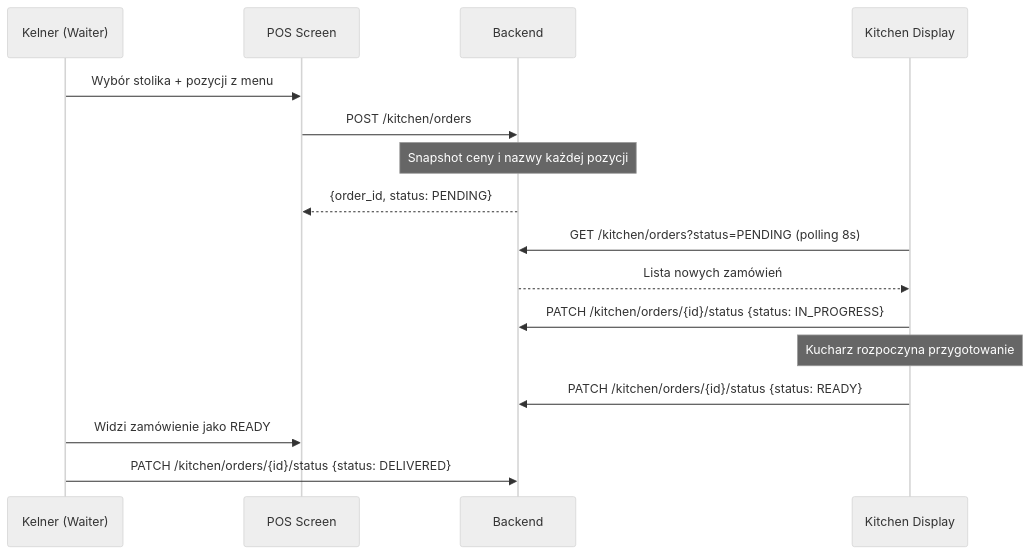
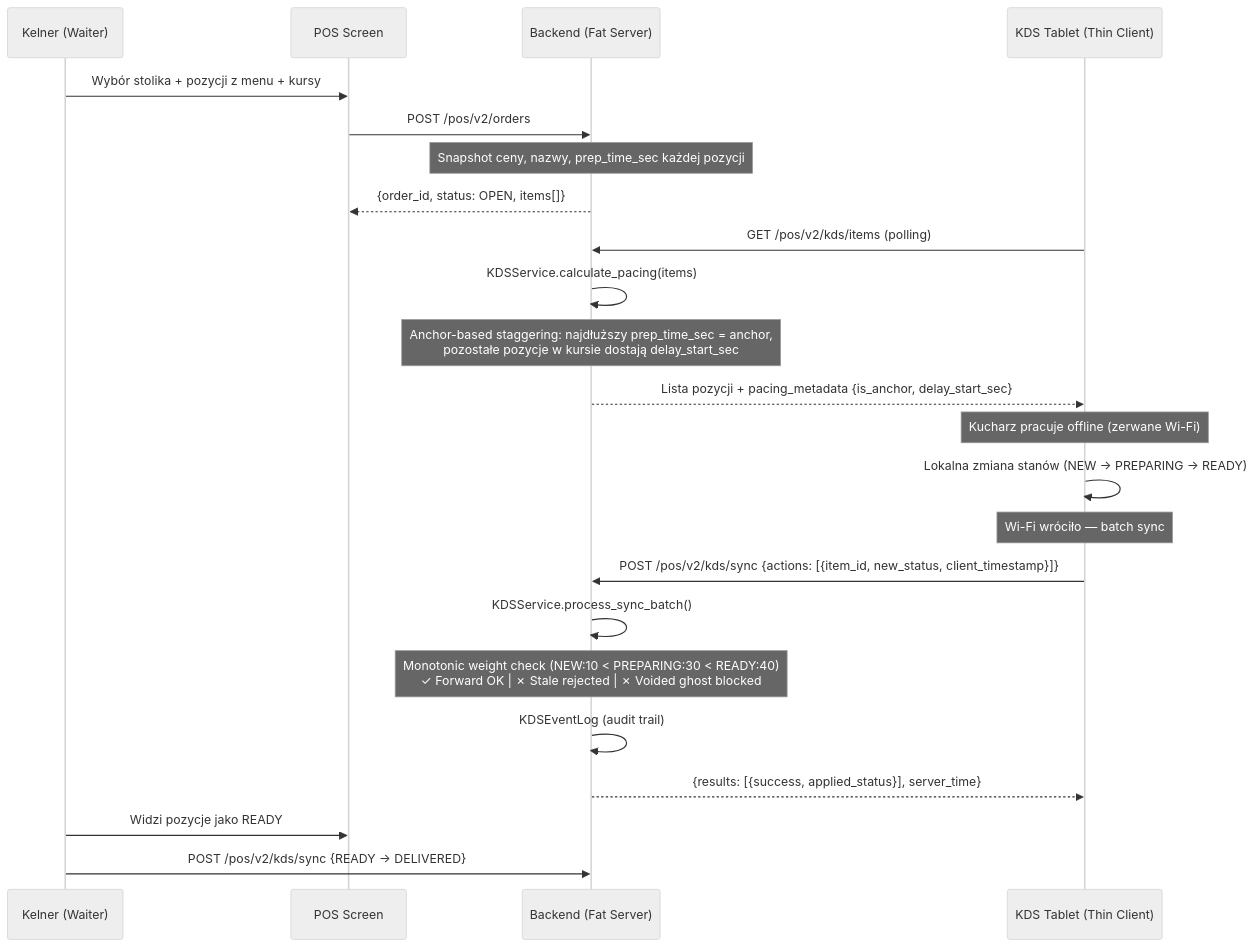
One commit to mwieclawek/PlannerV2 changed the fifth of 5 diagrams in ARCHITECTURE.md. Above: the diagram before and after it, drawn with Mermaid (neutral theme). The commit also changed other lines of this file and 28 other files, not shown here.

First line of the commit message:
feat(kds): POS v2 backend with offline-first KDS sync, pacing engine, and updated documentation

````diff
--- a/ARCHITECTURE.md
+++ b/ARCHITECTURE.md
@@ -291,19 +352,30 @@
 ```mermaid
 sequenceDiagram
     participant W as Kelner (Waiter)
     participant POS as POS Screen
-    participant B as Backend
-    participant KDS as Kitchen Display
+    participant B as Backend (Fat Server)
+    participant KDS as KDS Tablet (Thin Client)
 
-    W->>POS: Wybór stolika + pozycji z menu
-    POS->>B: POST /kitchen/orders
-    Note over B: Snapshot ceny i nazwy każdej pozycji
-    B-->>POS: {order_id, status: PENDING}
-    KDS->>B: GET /kitchen/orders?status=PENDING (polling 8s)
-    B-->>KDS: Lista nowych zamówień
-    KDS->>B: PATCH /kitchen/orders/{id}/status {status: IN_PROGRESS}
-    Note over KDS: Kucharz rozpoczyna przygotowanie
-    KDS->>B: PATCH /kitchen/orders/{id}/status {status: READY}
-    W->>POS: Widzi zamówienie jako READY
-    W->>B: PATCH /kitchen/orders/{id}/status {status: DELIVERED}
+    W->>POS: Wybór stolika + pozycji z menu + kursy
+    POS->>B: POST /pos/v2/orders
+    Note over B: Snapshot ceny, nazwy, prep_time_sec każdej pozycji
+    B-->>POS: {order_id, status: OPEN, items[]}
+
+    KDS->>B: GET /pos/v2/kds/items (polling)
+    B->>B: KDSService.calculate_pacing(items)
+    Note over B: Anchor-based staggering: najdłuższy prep_time_sec = anchor,<br/>pozostałe pozycje w kursie dostają delay_start_sec
+    B-->>KDS: Lista pozycji + pacing_metadata {is_anchor, delay_start_sec}
+
+    Note over KDS: Kucharz pracuje offline (zerwane Wi-Fi)
+    KDS->>KDS: Lokalna zmiana stanów (NEW → PREPARING → READY)
+
+    Note over KDS: Wi-Fi wróciło — batch sync
+    KDS->>B: POST /pos/v2/kds/sync {actions: [{item_id, new_status, client_timestamp}]}
+    B->>B: KDSService.process_sync_batch()
+    Note over B: Monotonic weight check (NEW:10 < PREPARING:30 < READY:40)<br/>✓ Forward OK | ✗ Stale rejected | ✗ Voided ghost blocked
+    B->>B: KDSEventLog (audit trail)
+    B-->>KDS: {results: [{success, applied_status}], server_time}
+
+    W->>POS: Widzi pozycje jako READY
+    W->>B: POST /pos/v2/kds/sync {READY → DELIVERED}
 ```
````
